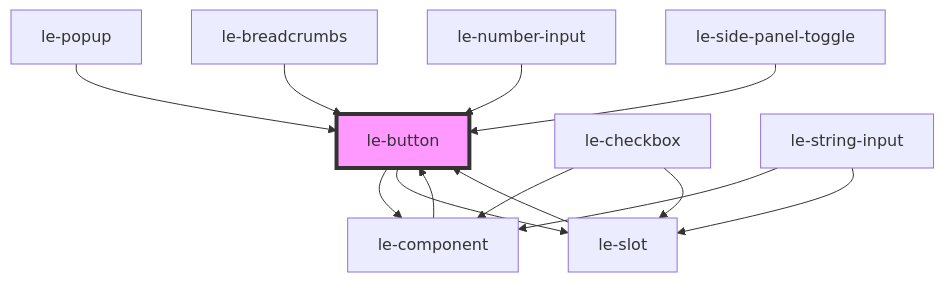
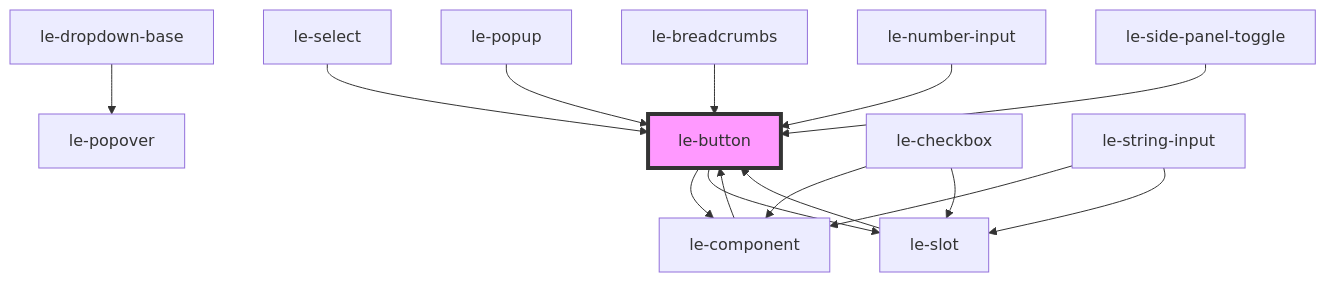
Before and after one commit to leechy/le-kit: the diagram in packages/core/src/components/le-button/readme.md, drawn with Mermaid. The commit also changed other lines of this file and 32 other files, not shown here.

````diff
--- a/packages/core/src/components/le-button/readme.md
+++ b/packages/core/src/components/le-button/readme.md
@@ -144,16 +145,18 @@
 ```mermaid
 graph TD;
   le-button --> le-component
   le-button --> le-slot
   le-component --> le-button
+  le-select --> le-button
+  le-dropdown-base --> le-popover
   le-checkbox --> le-component
   le-checkbox --> le-slot
   le-slot --> le-button
   le-string-input --> le-component
   le-string-input --> le-slot
   le-popup --> le-button
   le-breadcrumbs --> le-button
   le-number-input --> le-button
   le-side-panel-toggle --> le-button
   style le-button fill:#f9f,stroke:#333,stroke-width:4px
 ```
````
